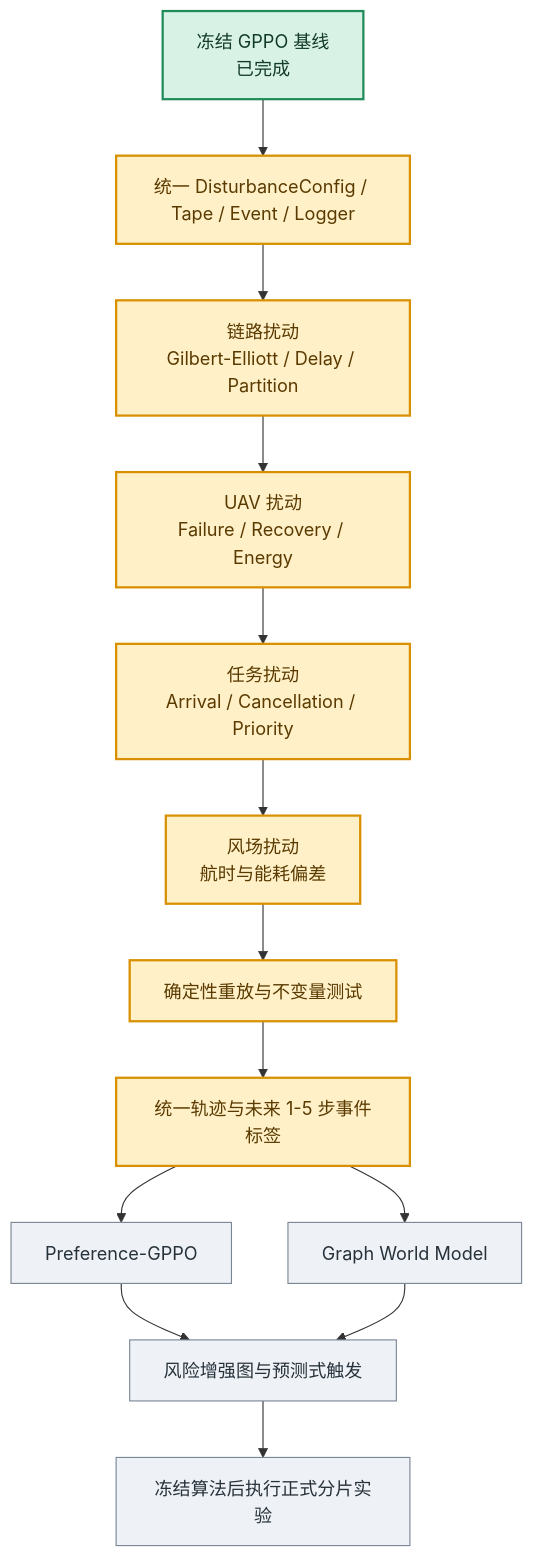
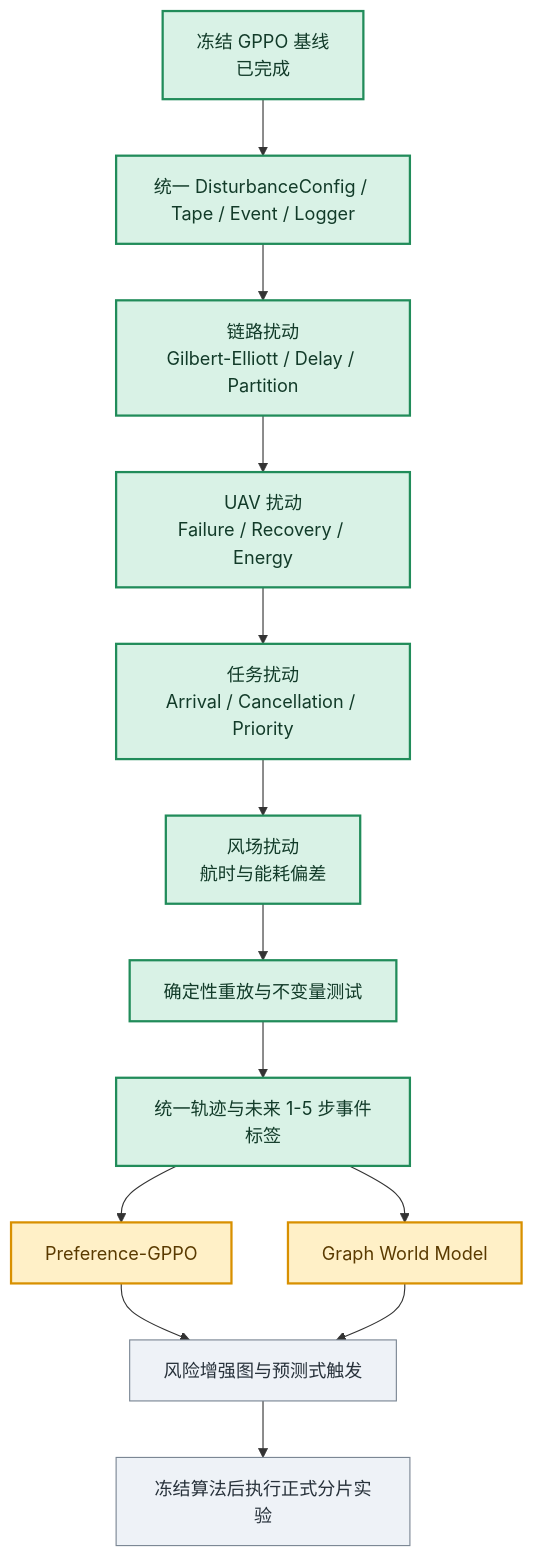
Before and after one commit to Battleplus/GPPO: the third of 4 diagrams in README.md, drawn with Mermaid. The commit also changed other lines of this file and 9 other files, not shown here.

````diff
--- a/README.md
+++ b/README.md
@@ -137,22 +179,22 @@
 ```mermaid
 flowchart TD
     P["冻结 GPPO 基线<br/>已完成"] --> I["统一 DisturbanceConfig / Tape / Event / Logger"]
     I --> L["链路扰动<br/>Gilbert-Elliott / Delay / Partition"]
     L --> U["UAV 扰动<br/>Failure / Recovery / Energy"]
     U --> K["任务扰动<br/>Arrival / Cancellation / Priority"]
     K --> W["风场扰动<br/>航时与能耗偏差"]
     W --> Q["确定性重放与不变量测试"]
     Q --> R["统一轨迹与未来 1-5 步事件标签"]
     R --> PR["Preference-GPPO"]
     R --> WM["Graph World Model"]
     PR --> RG["风险增强图与预测式触发"]
     WM --> RG
     RG --> EX["冻结算法后执行正式分片实验"]
 
     classDef done fill:#d9f2e6,stroke:#218c5a,color:#123b29,stroke-width:2px;
     classDef next fill:#fff0c7,stroke:#d89000,color:#5a3a00,stroke-width:2px;
     classDef future fill:#eef2f7,stroke:#7b8794,color:#27313a;
-    class P done;
-    class I,L,U,K,W,Q,R next;
-    class PR,WM,RG,EX future;
+    class P,I,L,U,K,W,Q,R done;
+    class PR,WM next;
+    class RG,EX future;
 ```
````
